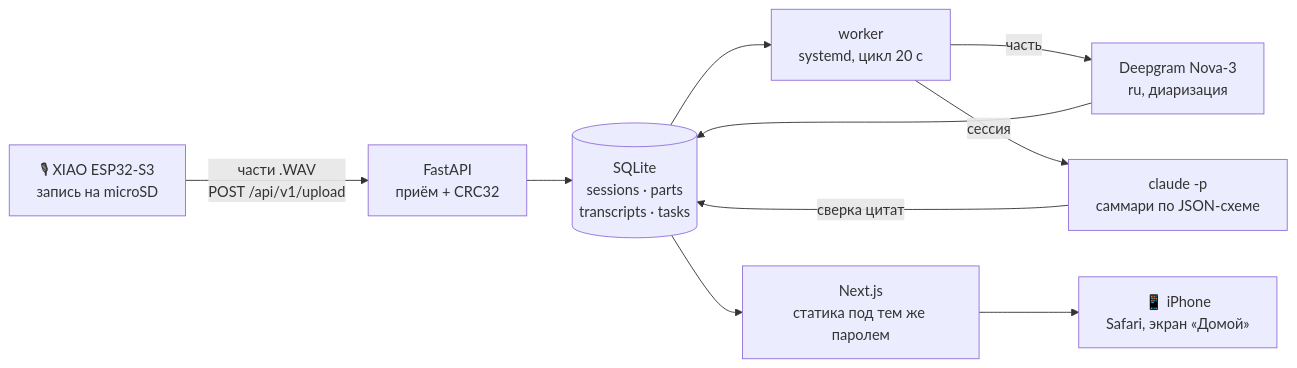
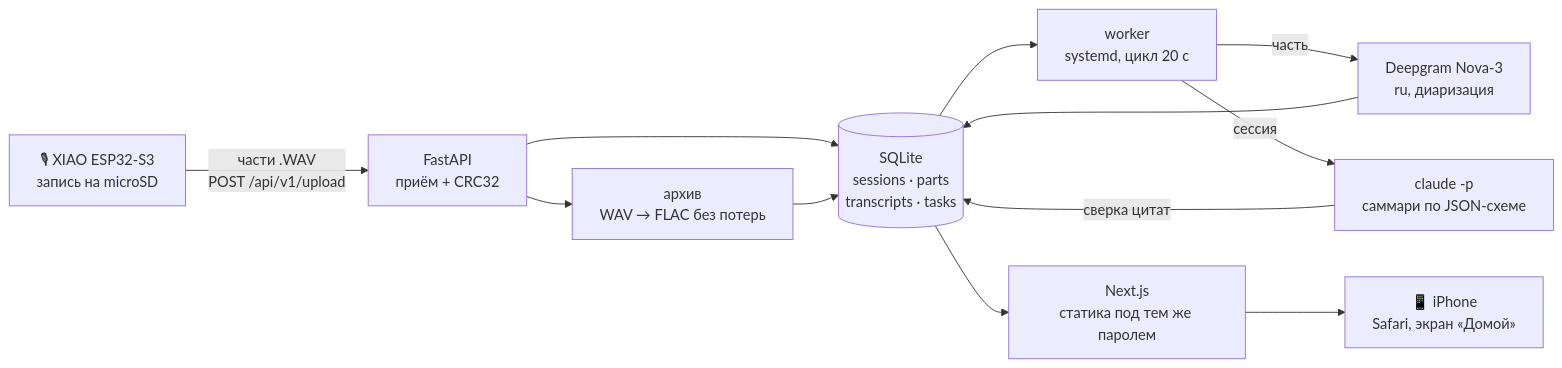
The diagram in README.md (GRIZZZZZLY/recorder), drawn with Mermaid before and after one commit. The commit also changed other lines of this file and 5 other files, not shown here.

````diff
--- a/README.md
+++ b/README.md
@@ -31,12 +34,14 @@
 ```mermaid
 flowchart LR
     A["🎙 XIAO ESP32-S3<br/>запись на microSD"] -->|"части .WAV<br/>POST /api/v1/upload"| B["FastAPI<br/>приём + CRC32"]
     B --> C[("SQLite<br/>sessions · parts<br/>transcripts · tasks")]
+    B --> I["архив<br/>WAV → FLAC без потерь"]
+    I --> C
     C --> D["worker<br/>systemd, цикл 20 с"]
     D -->|"часть"| E["Deepgram Nova-3<br/>ru, диаризация"]
     D -->|"сессия"| F["claude -p<br/>саммари по JSON-схеме"]
     E --> C
     F -->|"сверка цитат"| C
     C --> G["Next.js<br/>статика под тем же паролем"]
     G --> H["📱 iPhone<br/>Safari, экран «Домой»"]
 ```
````
